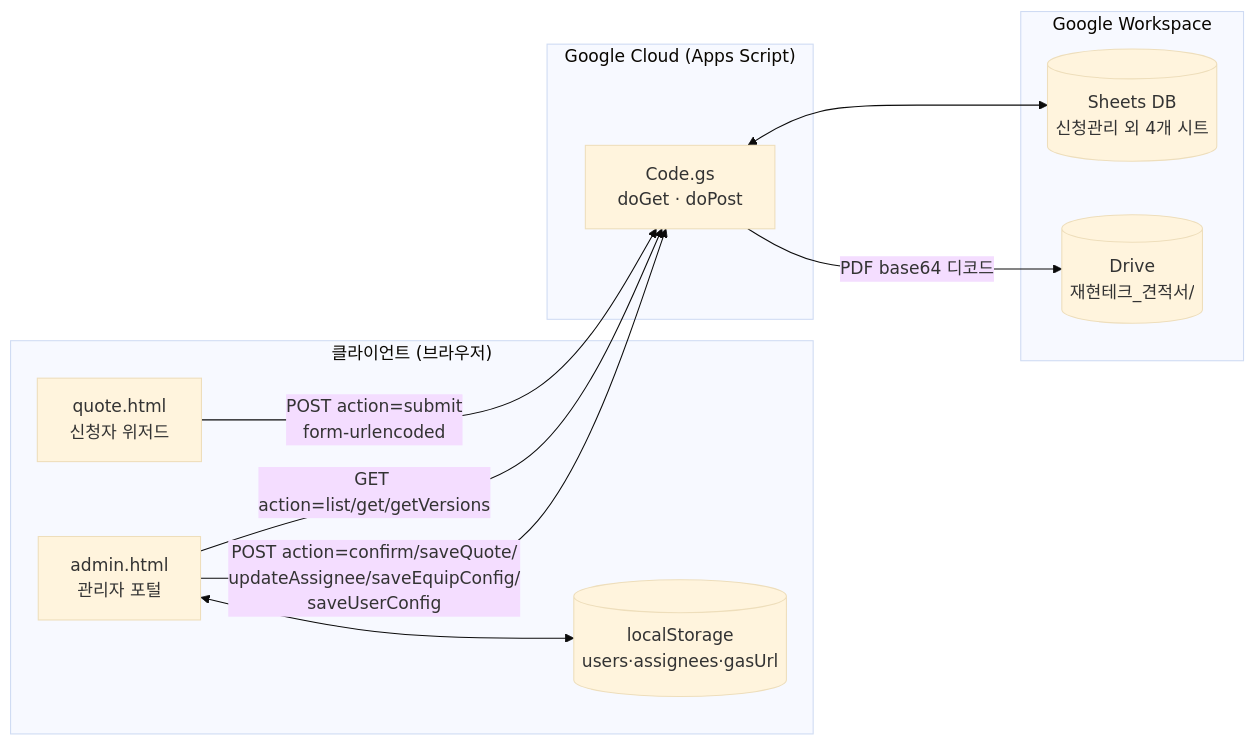
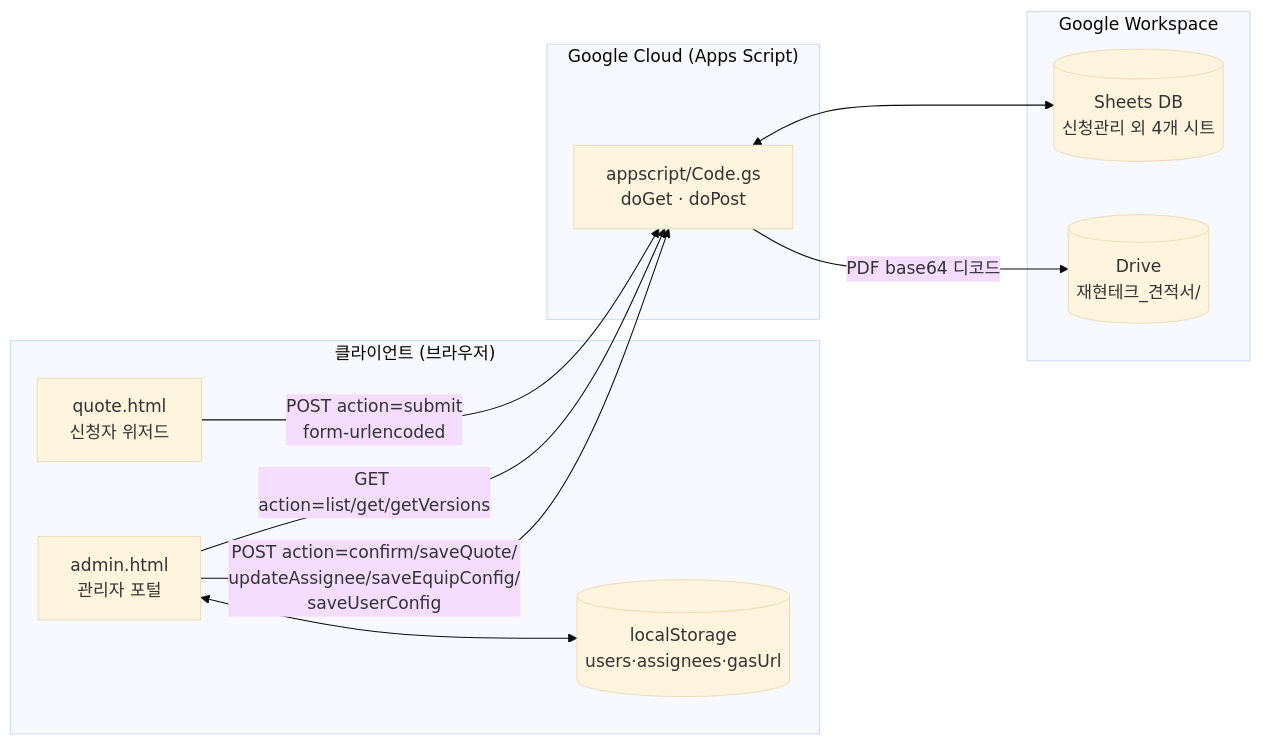
The first of 6 diagrams in docs/code-analysis.md (jhtechsmart-cloud/jhtechsmart), drawn with Mermaid (base theme) before and after one commit. The commit also changed other lines of this file and 13 other files, not shown here.

````diff
--- a/docs/code-analysis.md
+++ b/docs/code-analysis.md
@@ -27,24 +27,24 @@
 ```mermaid
 flowchart LR
   subgraph "클라이언트 (브라우저)"
     Q[quote.html<br/>신청자 위저드]
     A[admin.html<br/>관리자 포털]
     LS[(localStorage<br/>users·assignees·gasUrl)]
     A <--> LS
   end
 
   subgraph "Google Cloud (Apps Script)"
-    GAS[Code.gs<br/>doGet · doPost]
+    GAS[appscript/Code.gs<br/>doGet · doPost]
   end
 
   subgraph "Google Workspace"
     SS[(Sheets DB<br/>신청관리 외 4개 시트)]
     DR[(Drive<br/>재현테크_견적서/)]
   end
 
   Q -- "POST action=submit<br/>form-urlencoded" --> GAS
   A -- "GET action=list/get/getVersions" --> GAS
   A -- "POST action=confirm/saveQuote/<br/>updateAssignee/saveEquipConfig/<br/>saveUserConfig" --> GAS
   GAS <--> SS
   GAS -- "PDF base64 디코드" --> DR
 ```
````
